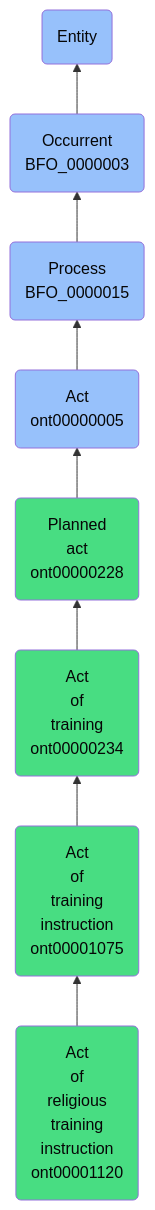
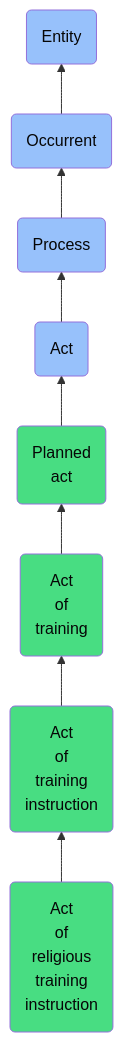
The diagram in docs/ontology/reference/model/Entity/Occurrent/Process/Act/Planned act/Act of training/Act of training instruction/Act of religious training instruction/Act of religious training instruction.md (jupyter-naas/abi), drawn with Mermaid before and after one commit. The commit also changed other lines of this file and 1430 other files, not shown here.

````diff
--- a/docs/ontology/reference/model/Entity/Occurrent/Process/Act/Planned act/Act of training/Act of training instruction/Act of religious training instruction/Act of religious training instruction.md
+++ b/docs/ontology/reference/model/Entity/Occurrent/Process/Act/Planned act/Act of training/Act of training instruction/Act of religious training instruction/Act of religious training instruction.md
@@ -24,15 +24,15 @@
 ```mermaid
 graph BT
-    ont00001120(Act<br>of<br>religious<br>training<br>instruction<br>ont00001120):::ABI-->ont00001075
-    ont00001075(Act<br>of<br>training<br>instruction<br>ont00001075):::ABI-->ont00000234
-    ont00000234(Act<br>of<br>training<br>ont00000234):::ABI-->ont00000228
-    ont00000228(Planned<br>act<br>ont00000228):::ABI-->ont00000005
-    ont00000005(Act<br>ont00000005):::BFO-->BFO_0000015
-    BFO_0000015(Process<br>BFO_0000015):::BFO-->BFO_0000003
-    BFO_0000003(Occurrent<br>BFO_0000003):::BFO-->BFO_0000001
+    ont00001120(Act<br>of<br>religious<br>training<br>instruction):::ABI-->ont00001075
+    ont00001075(Act<br>of<br>training<br>instruction):::ABI-->ont00000234
+    ont00000234(Act<br>of<br>training):::ABI-->ont00000228
+    ont00000228(Planned<br>act):::ABI-->ont00000005
+    ont00000005(Act):::BFO-->BFO_0000015
+    BFO_0000015(Process):::BFO-->BFO_0000003
+    BFO_0000003(Occurrent):::BFO-->BFO_0000001
     BFO_0000001(Entity):::BFO
     
     classDef BFO fill:#97c1fb,color:#060606
     classDef CCO fill:#e4c51e,color:#060606
     classDef ABI fill:#48DD82,color:#060606
 ```
````
